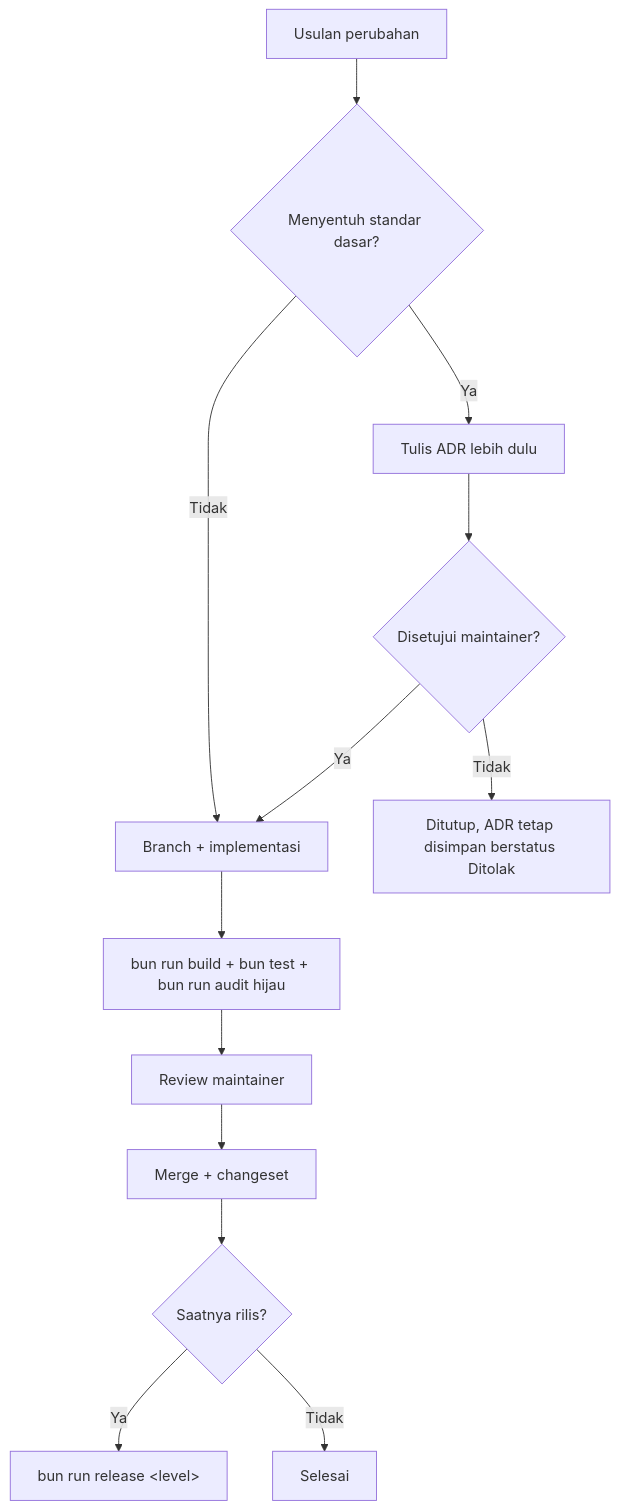
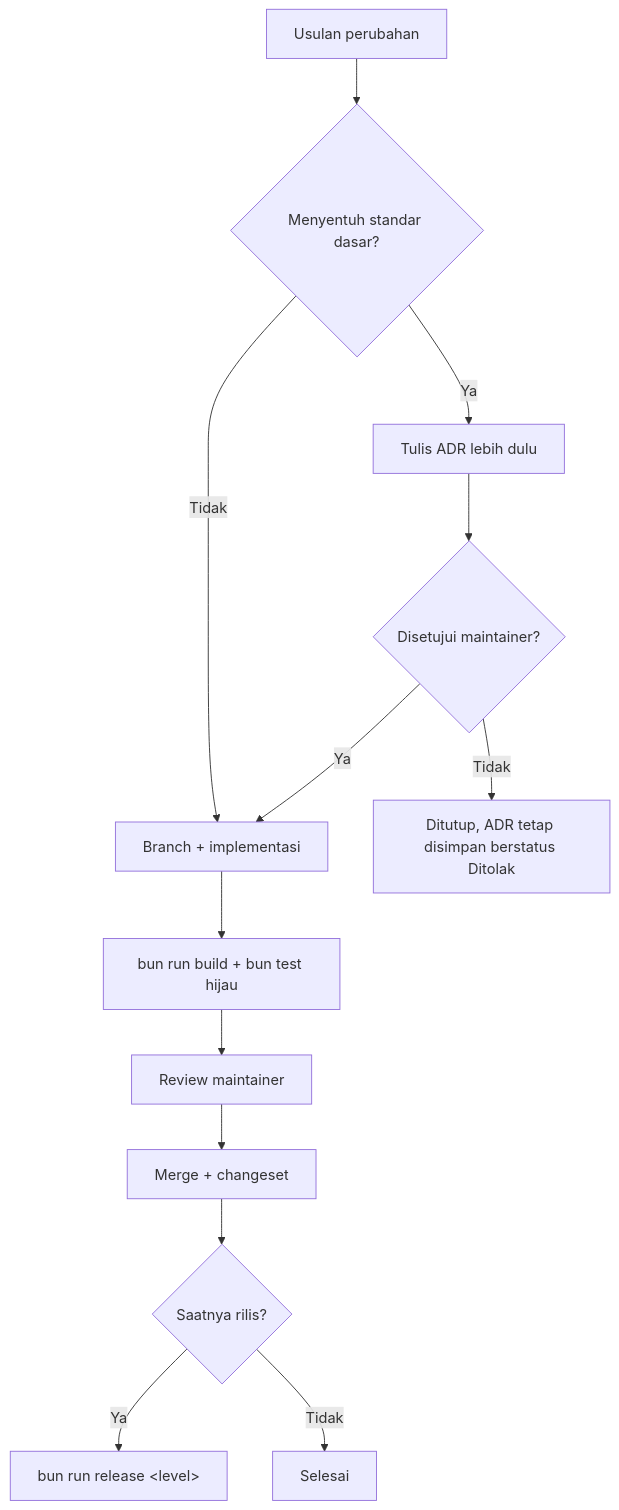
One commit to ahliweb/awcms-astro changed the diagram in GOVERNANCE.md. Above: the diagram before and after it, drawn with Mermaid. The commit also changed other lines of this file and 31 other files, not shown here.

First line of the commit message:
feat(deploy): Bun menyajikan hasil build, nginx dilepas dari image (ADR-0016) (#15)

````diff
--- a/GOVERNANCE.md
+++ b/GOVERNANCE.md
@@ -38,15 +42,15 @@
 ```mermaid
 flowchart TD
   Usul["Usulan perubahan"] --> Jenis{"Menyentuh standar dasar?"}
   Jenis -->|Ya| ADR["Tulis ADR lebih dulu"]
   Jenis -->|Tidak| Branch["Branch + implementasi"]
   ADR --> Setuju{"Disetujui maintainer?"}
   Setuju -->|Ya| Branch
   Setuju -->|Tidak| Tutup["Ditutup, ADR tetap disimpan berstatus Ditolak"]
-  Branch --> Gerbang["bun run build + bun test + bun run audit hijau"]
+  Branch --> Gerbang["bun run build + bun test hijau"]
   Gerbang --> Review["Review maintainer"]
   Review --> Merge["Merge + changeset"]
   Merge --> Rilis{"Saatnya rilis?"}
   Rilis -->|Ya| Tag["bun run release &lt;level&gt;"]
   Rilis -->|Tidak| Selesai["Selesai"]
 ```
````
